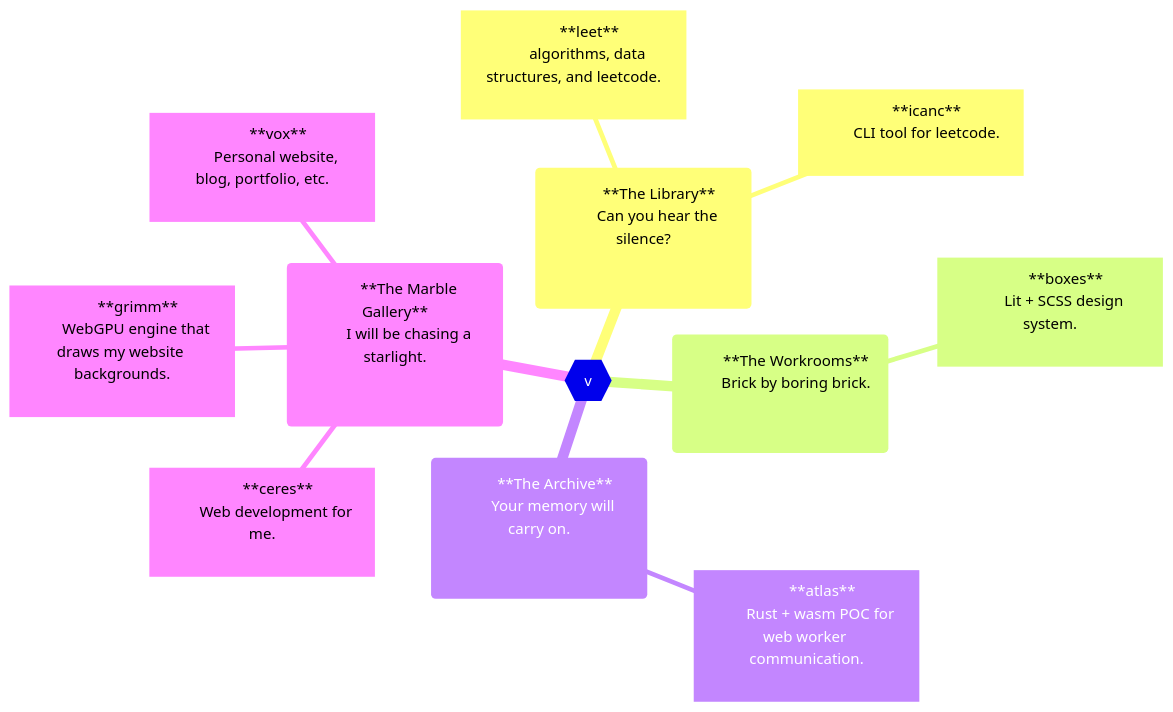
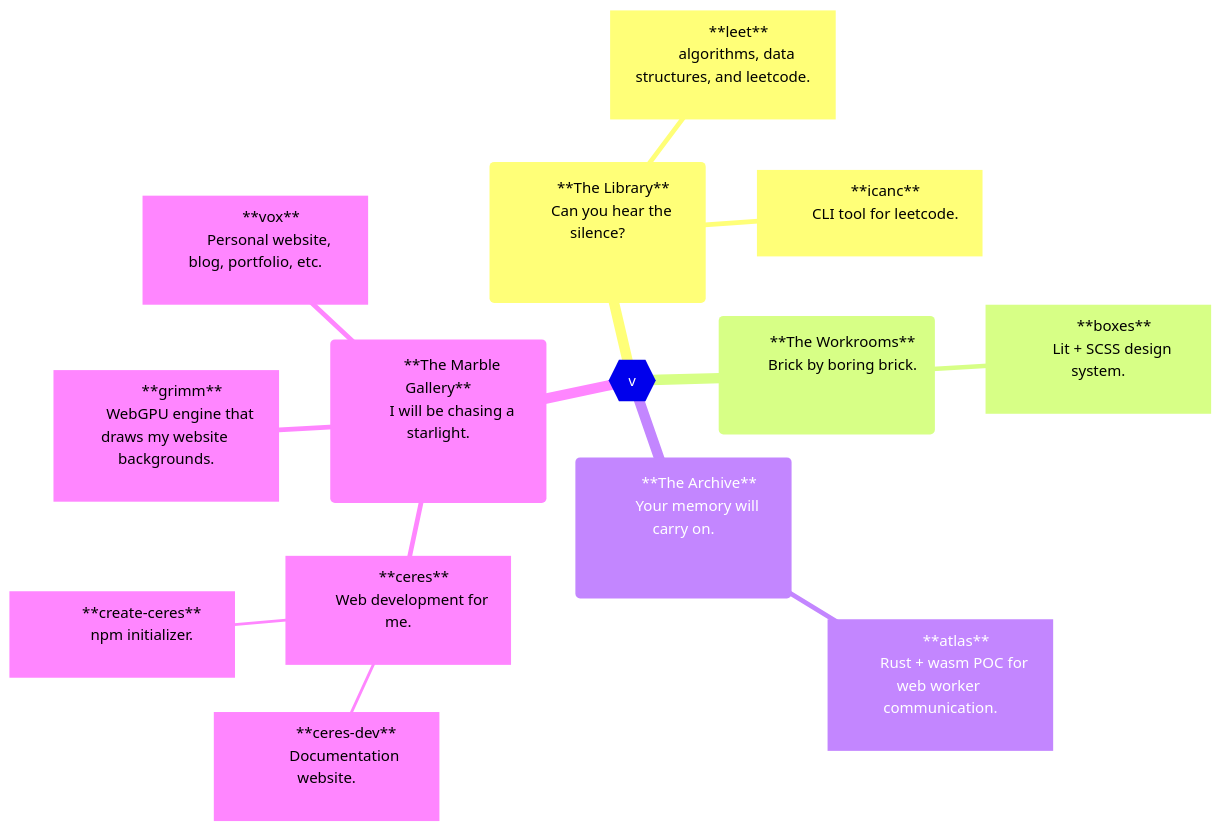
One commit to voxelstack/voxelstack changed the diagram in README.md. Above: the diagram before and after it, drawn with Mermaid.

````diff
--- a/README.md
+++ b/README.md
@@ -4,53 +4,61 @@
 ```mermaid
 mindmap
   root{{v}}
     (
         **The Library**
         Can you hear the silence?
         <!-- Can you see the dark? -->
     )
       [
         **leet**
         algorithms, data structures, and leetcode.
       ]
       [
         **icanc**
         CLI tool for leetcode.
       ]
     (
         <!-- The word "workshop" was taken from us. -->
         **The Workrooms**
         Brick by boring brick.
         <!-- Or the wolf's gonna blow it down. -->
     )
       [
         **boxes**
         Lit + SCSS design system.
       ]
     (
         **The Archive**
         Your memory will carry on.
         <!-- We'll carry on. -->
     )
       [
         **atlas**
         Rust + wasm POC for web worker communication.
       ]
     (
         **The Marble Gallery**
         I will be chasing a starlight.
         <!-- Until the end of my life. -->
     )
       [
         **ceres**
         Web development for me.
       ]
+        [
+          **ceres-dev**
+          Documentation website.
+        ]
+        [
+          **create-ceres**
+          npm initializer.
+        ]
       [
         **grimm**
         WebGPU engine that draws my website backgrounds.
       ]
       [
         **vox**
         Personal website, blog, portfolio, etc.
       ]
 ```
````
